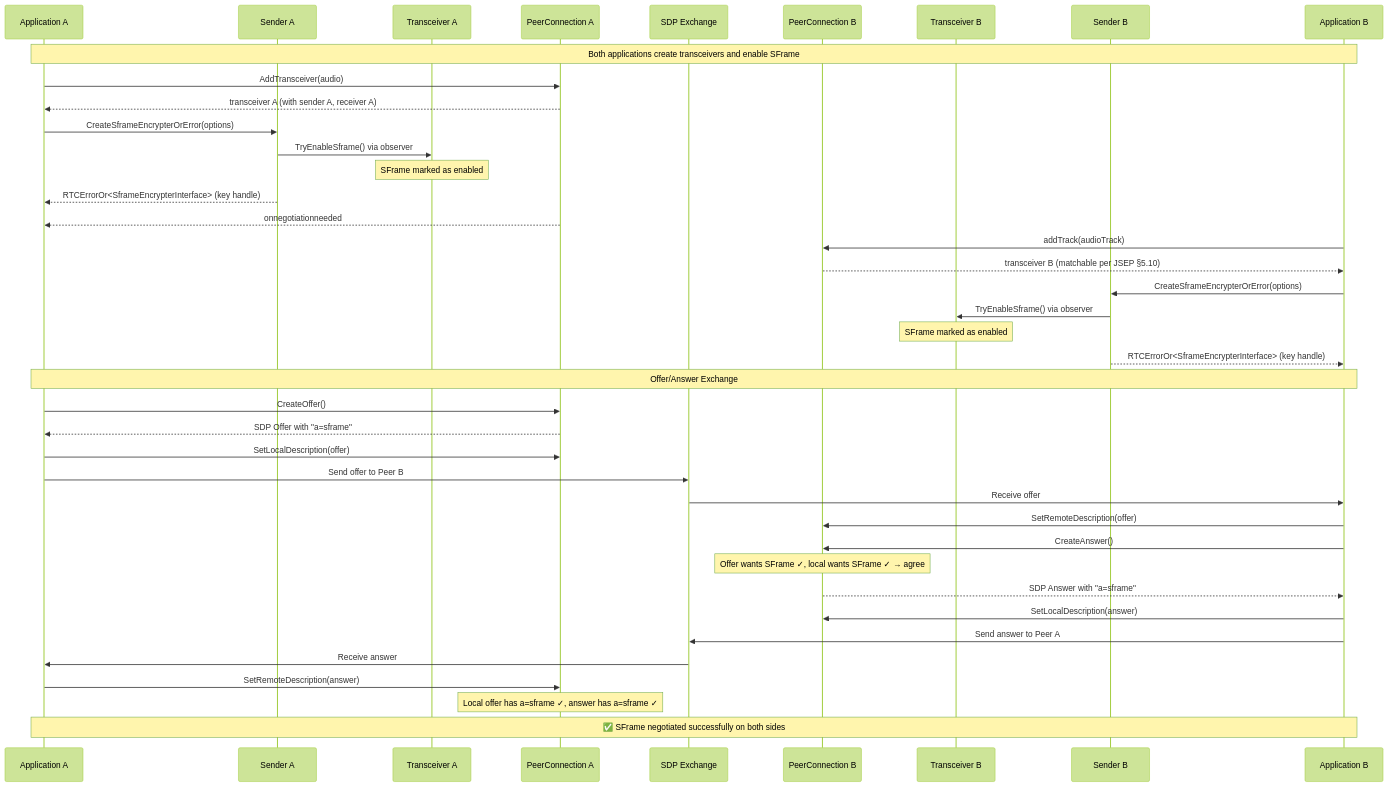
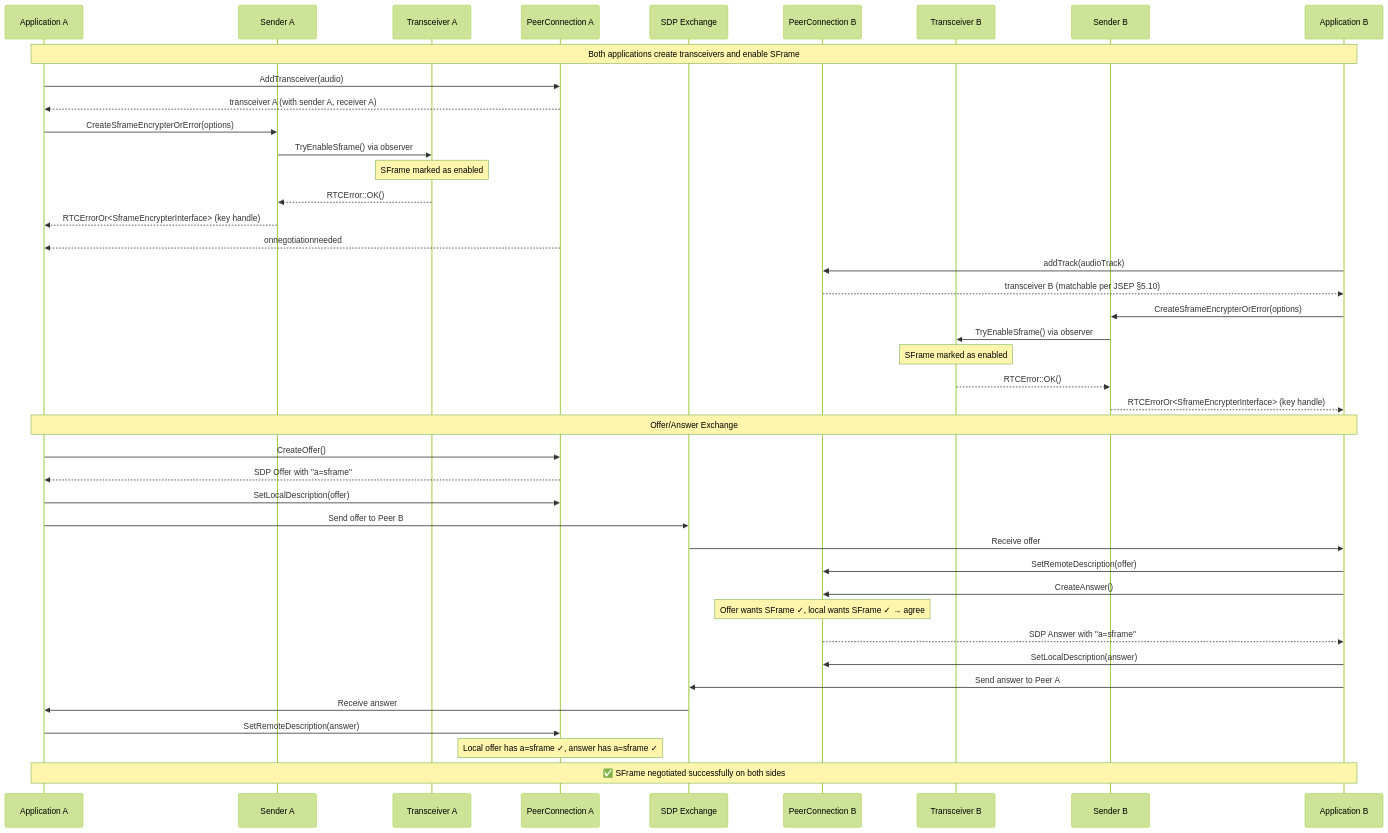
One commit to webex/webrtc-sframe changed the first of 6 diagrams in negotiation.md. Above: the diagram before and after it, drawn with Mermaid (forest theme). The commit also changed other lines of this file and 1 other file, not shown here.

````diff
--- a/negotiation.md
+++ b/negotiation.md
@@ -88,56 +88,58 @@
 ```mermaid
 sequenceDiagram
     participant AppA as Application A
     participant SA as Sender A
     participant TA as Transceiver A
     participant PCA as PeerConnection A
     participant SDP as SDP Exchange
     participant PCB as PeerConnection B
     participant TB as Transceiver B
     participant SB as Sender B
     participant AppB as Application B
 
     Note over AppA,AppB: Both applications create transceivers and enable SFrame
 
     AppA->>PCA: AddTransceiver(audio)
     PCA-->>AppA: transceiver A (with sender A, receiver A)
 
     AppA->>SA: CreateSframeEncrypterOrError(options)
     SA->>TA: TryEnableSframe() via observer
     Note over TA: SFrame marked as enabled
+    TA-->>SA: RTCError::OK()
     SA-->>AppA: RTCErrorOr<SframeEncrypterInterface> (key handle)
 
     PCA-->>AppA: onnegotiationneeded
 
     AppB->>PCB: addTrack(audioTrack)
     PCB-->>AppB: transceiver B (matchable per JSEP §5.10)
 
     AppB->>SB: CreateSframeEncrypterOrError(options)
     SB->>TB: TryEnableSframe() via observer
     Note over TB: SFrame marked as enabled
+    TB-->>SB: RTCError::OK()
     SB-->>AppB: RTCErrorOr<SframeEncrypterInterface> (key handle)
 
     Note over AppA,AppB: Offer/Answer Exchange
 
     AppA->>PCA: CreateOffer()
     PCA-->>AppA: SDP Offer with "a=sframe"
 
     AppA->>PCA: SetLocalDescription(offer)
     AppA->>SDP: Send offer to Peer B
 
     SDP->>AppB: Receive offer
     AppB->>PCB: SetRemoteDescription(offer)
 
     AppB->>PCB: CreateAnswer()
     Note over PCB: Offer wants SFrame ✓, local wants SFrame ✓ → agree
     PCB-->>AppB: SDP Answer with "a=sframe"
 
     AppB->>PCB: SetLocalDescription(answer)
     AppB->>SDP: Send answer to Peer A
 
     SDP->>AppA: Receive answer
     AppA->>PCA: SetRemoteDescription(answer)
     Note over PCA: Local offer has a=sframe ✓, answer has a=sframe ✓
 
     Note over AppA,AppB: ✅ SFrame negotiated successfully on both sides
 ```
````
